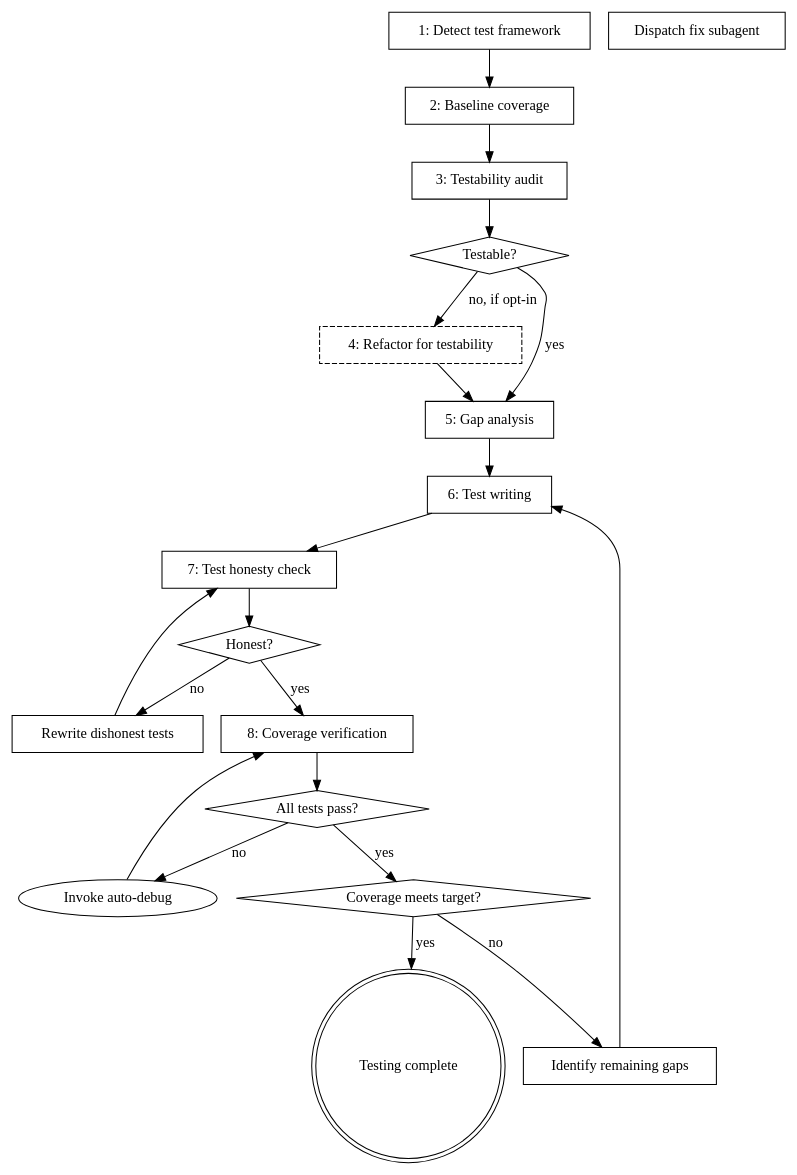
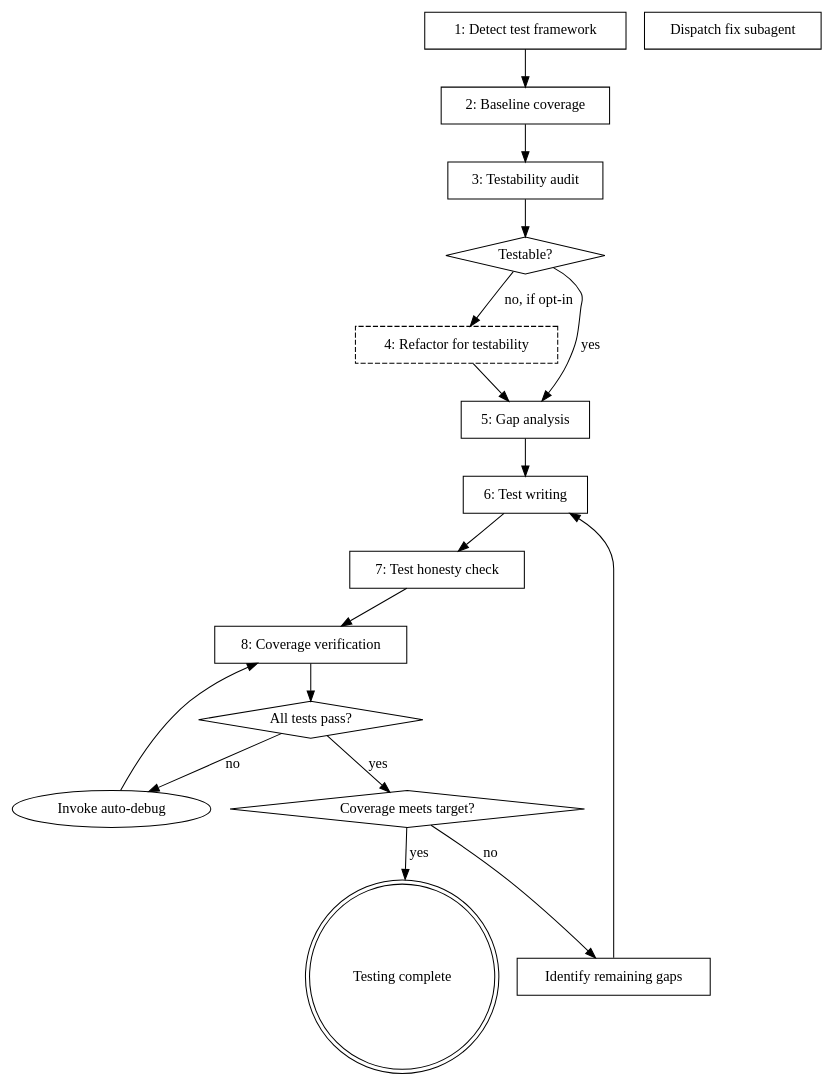
One commit to hybriden/shipwright changed the diagram in skills/auto-test/SKILL.md. Above: the diagram before and after it, drawn with Graphviz. The commit also changed other lines of this file and 12 other files, not shown here.

````diff
--- a/skills/auto-test/SKILL.md
+++ b/skills/auto-test/SKILL.md
@@ -32,41 +32,36 @@
 ```dot
 digraph auto_test {
     rankdir=TB;
     "1: Detect test framework" [shape=box];
     "2: Baseline coverage" [shape=box];
     "3: Testability audit" [shape=box];
     "Testable?" [shape=diamond];
     "4: Refactor for testability" [shape=box, style=dashed];
     "5: Gap analysis" [shape=box];
     "6: Test writing" [shape=box];
     "7: Test honesty check" [shape=box];
-    "Honest?" [shape=diamond];
-    "Rewrite dishonest tests" [shape=box];
     "8: Coverage verification" [shape=box];
     "All tests pass?" [shape=diamond];
     "Dispatch fix subagent" [shape=box];
     "Coverage meets target?" [shape=diamond];
     "Identify remaining gaps" [shape=box];
     "Testing complete" [shape=doublecircle];
 
     "1: Detect test framework" -> "2: Baseline coverage";
     "2: Baseline coverage" -> "3: Testability audit";
     "3: Testability audit" -> "Testable?" ;
     "Testable?" -> "5: Gap analysis" [label="yes"];
     "Testable?" -> "4: Refactor for testability" [label="no, if opt-in"];
     "4: Refactor for testability" -> "5: Gap analysis";
     "5: Gap analysis" -> "6: Test writing";
     "6: Test writing" -> "7: Test honesty check";
-    "7: Test honesty check" -> "Honest?";
-    "Honest?" -> "8: Coverage verification" [label="yes"];
-    "Honest?" -> "Rewrite dishonest tests" [label="no"];
-    "Rewrite dishonest tests" -> "7: Test honesty check";
+    "7: Test honesty check" -> "8: Coverage verification";
     "8: Coverage verification" -> "All tests pass?";
     "All tests pass?" -> "Invoke auto-debug" [label="no"];
     "Invoke auto-debug" -> "8: Coverage verification";
     "All tests pass?" -> "Coverage meets target?" [label="yes"];
     "Coverage meets target?" -> "Testing complete" [label="yes"];
     "Coverage meets target?" -> "Identify remaining gaps" [label="no"];
     "Identify remaining gaps" -> "6: Test writing";
 }
 ```
````
